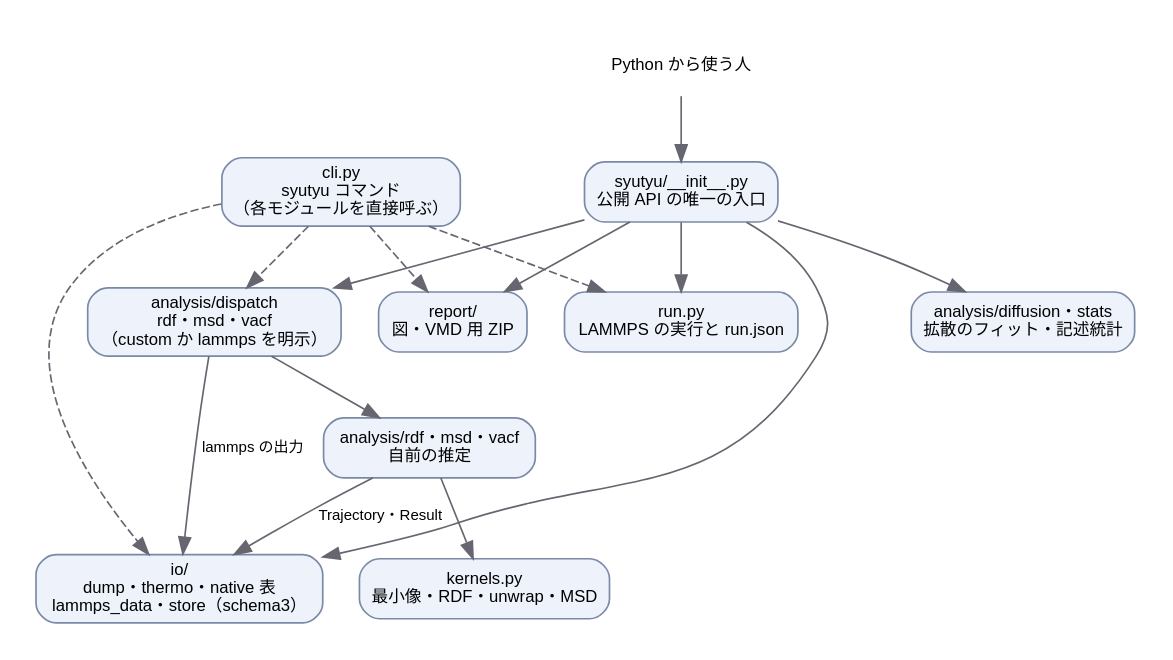
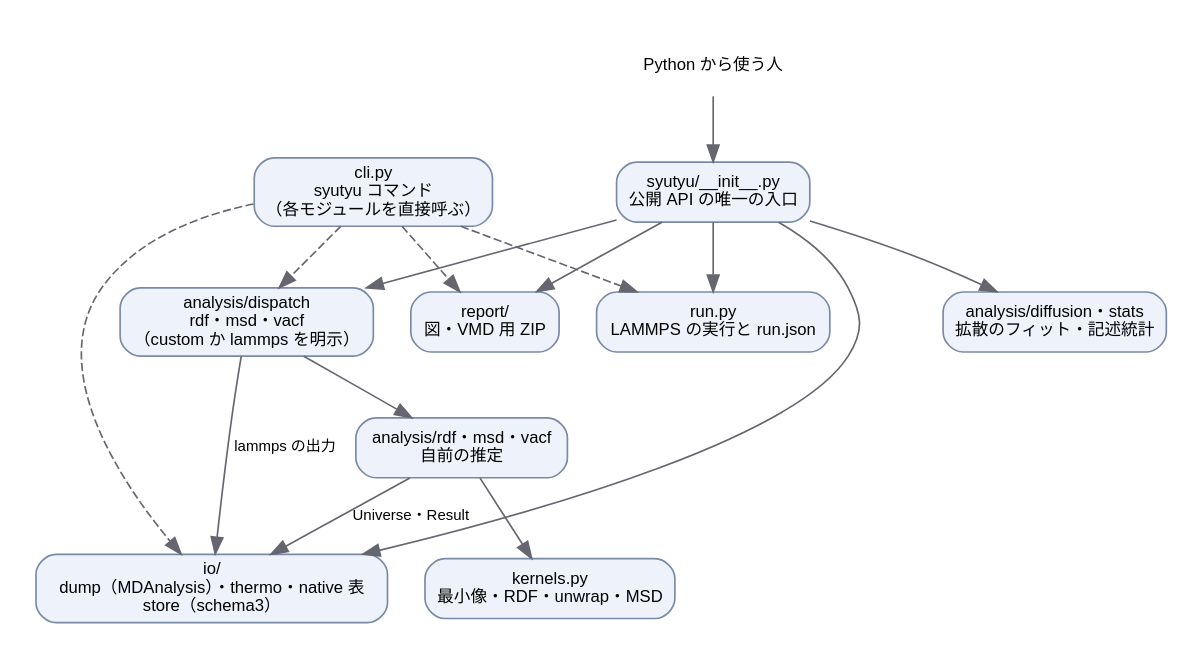
One commit to kkiyama117/syutyu changed the diagram in docs/diagrams/modules.dot. Above: the diagram before and after it, drawn with Graphviz. The commit also changed 1 other file, not shown here.

Commit message:
Docs: module diagram follows MDAnalysis trajectories and ASE data files
Claude-Session: https://claude.ai/code/session_013Tg8p2osrNFNJLzRAKbogT

```diff
--- a/docs/diagrams/modules.dot
+++ b/docs/diagrams/modules.dot
@@ -1,22 +1,22 @@
 digraph modules {
   graph [rankdir=TB, fontname="sans-serif", fontsize=12, nodesep=0.3, ranksep=0.5, pad=0.2];
   node [shape=box, style="rounded,filled", fillcolor="#edf2fb", color="#7a8aa6", fontname="sans-serif", fontsize=10];
   edge [color="#666670", fontname="sans-serif", fontsize=9];
 
   cli [label="cli.py\nsyutyu コマンド\n（各モジュールを直接呼ぶ）"];
   facade [label="syutyu/__init__.py\n公開 API の唯一の入口"];
   dispatch [label="analysis/dispatch\nrdf・msd・vacf\n（custom か lammps を明示）"];
   est [label="analysis/rdf・msd・vacf\n自前の推定"];
   fit [label="analysis/diffusion・stats\n拡散のフィット・記述統計"];
   kernels [label="kernels.py\n最小像・RDF・unwrap・MSD"];
-  io [label="io/\ndump・thermo・native 表\nlammps_data・store（schema3）"];
+  io [label="io/\ndump（MDAnalysis）・thermo・native 表\nstore（schema3）"];
   run [label="run.py\nLAMMPS の実行と run.json"];
   report [label="report/\n図・VMD 用 ZIP"];
 
   users [shape=plaintext, style="", label="Python から使う人"];
   users -> facade;
   facade -> dispatch; facade -> fit; facade -> io; facade -> run; facade -> report;
   cli -> dispatch [style=dashed]; cli -> io [style=dashed]; cli -> run [style=dashed]; cli -> report [style=dashed];
   dispatch -> est; dispatch -> io [label="lammps の出力"];
-  est -> kernels; est -> io [label="Trajectory・Result"];
+  est -> kernels; est -> io [label="Universe・Result"];
 }
```
